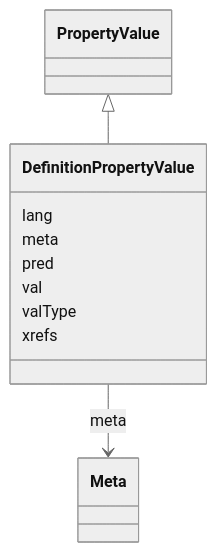
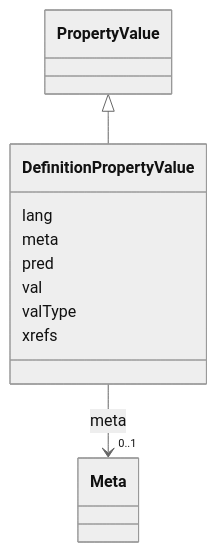
The diagram in obograph/DefinitionPropertyValue.md (INCATools/ontology-access-kit), drawn with Mermaid (neutral theme) before and after one commit. The commit also changed other lines of this file and 3329 other files, not shown here.

````diff
--- a/obograph/DefinitionPropertyValue.md
+++ b/obograph/DefinitionPropertyValue.md
@@ -17,21 +19,28 @@
 ```{mermaid}
  classDiagram
     class DefinitionPropertyValue
+    click DefinitionPropertyValue href "../DefinitionPropertyValue"
       PropertyValue <|-- DefinitionPropertyValue
+        click PropertyValue href "../PropertyValue"
       
       DefinitionPropertyValue : lang
         
       DefinitionPropertyValue : meta
         
-          DefinitionPropertyValue --> Meta : meta
+          
+    
+    
+    DefinitionPropertyValue --> "0..1" Meta : meta
+    click Meta href "../Meta"
+
         
       DefinitionPropertyValue : pred
         
       DefinitionPropertyValue : val
         
       DefinitionPropertyValue : valType
         
       DefinitionPropertyValue : xrefs
         
       
 ```
````
